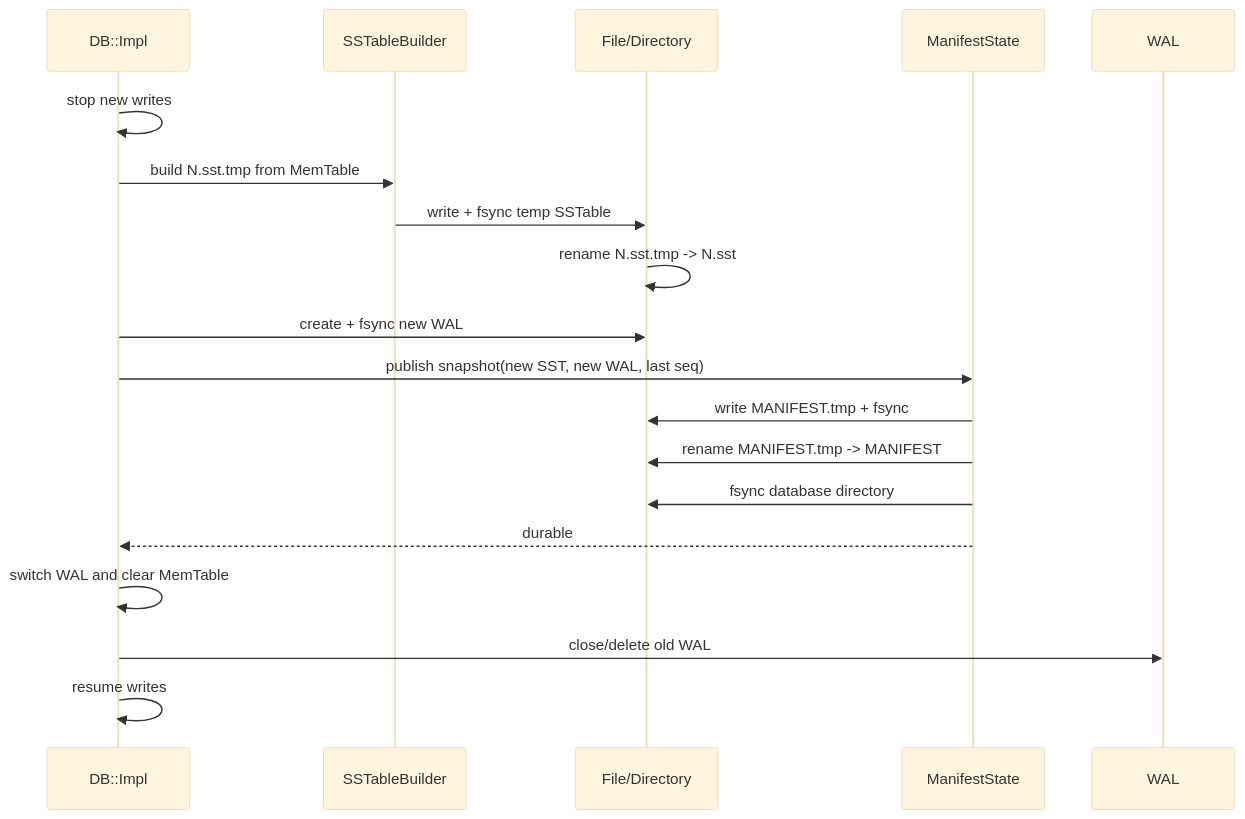
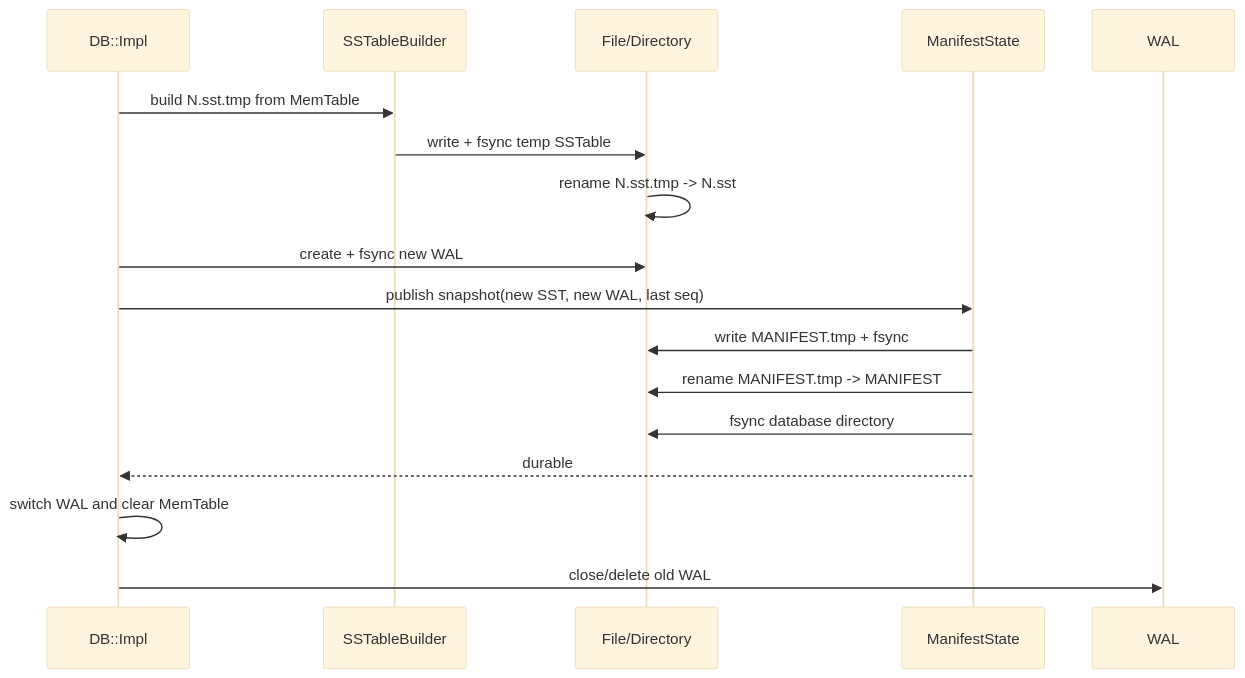
One commit to tinaLu0606/tinylsm changed the fifth of 6 diagrams in docs/plans/v0-v2-source-design.md. Above: the diagram before and after it, drawn with Mermaid (base theme). The commit also changed other lines of this file and 1 other file, not shown here.

````diff
--- a/docs/plans/v0-v2-source-design.md
+++ b/docs/plans/v0-v2-source-design.md
@@ -425,21 +442,19 @@
 ```mermaid
 sequenceDiagram
     participant D as DB::Impl
     participant B as SSTableBuilder
     participant F as File/Directory
     participant M as ManifestState
     participant W as WAL
-    D->>D: stop new writes
     D->>B: build N.sst.tmp from MemTable
     B->>F: write + fsync temp SSTable
     F->>F: rename N.sst.tmp -> N.sst
     D->>F: create + fsync new WAL
     D->>M: publish snapshot(new SST, new WAL, last seq)
     M->>F: write MANIFEST.tmp + fsync
     M->>F: rename MANIFEST.tmp -> MANIFEST
     M->>F: fsync database directory
     M-->>D: durable
     D->>D: switch WAL and clear MemTable
     D->>W: close/delete old WAL
-    D->>D: resume writes
 ```
````
